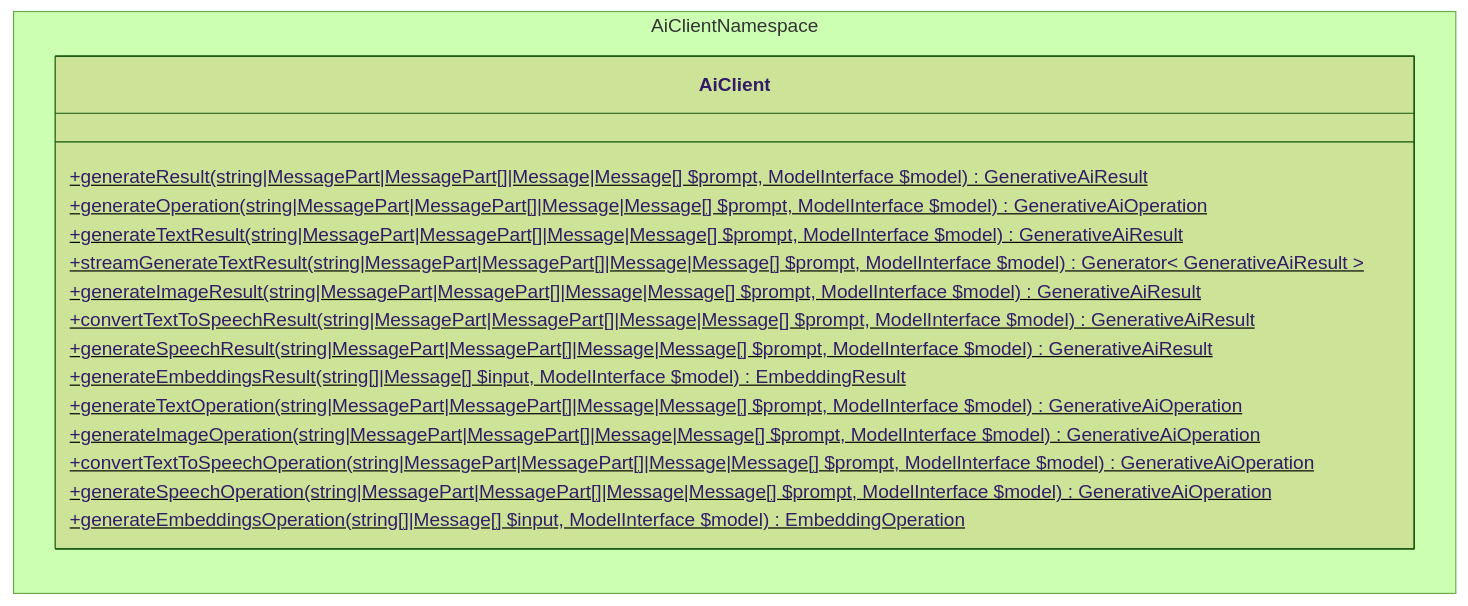
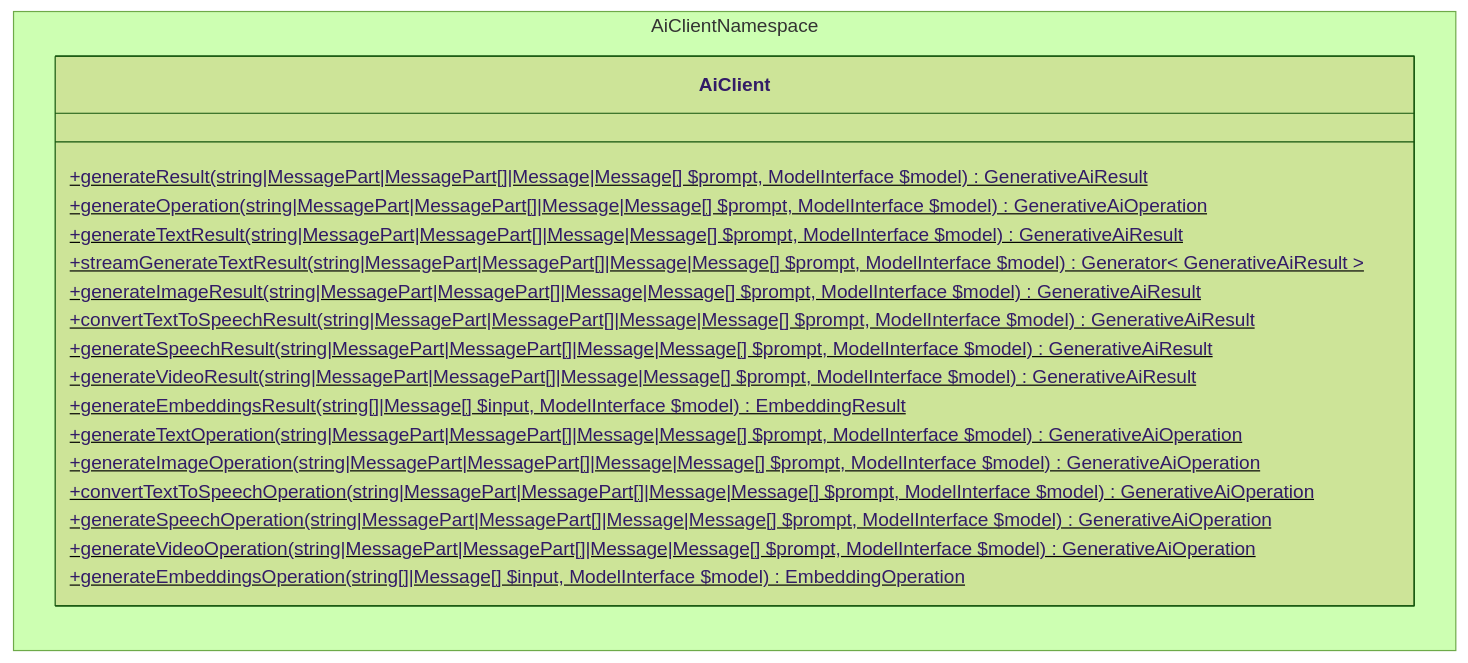
One commit to WordPress/php-ai-client changed the second of 6 diagrams in docs/ARCHITECTURE.md. Above: the diagram before and after it, drawn with Mermaid (forest theme). The commit also changed other lines of this file and 7 other files, not shown here.

````diff
--- a/docs/ARCHITECTURE.md
+++ b/docs/ARCHITECTURE.md
@@ -392,26 +395,28 @@
 ```mermaid
 ---
 config:
   class:
     hideEmptyMembersBox: true
 ---
 classDiagram
 direction LR
     namespace AiClientNamespace {
         class AiClient {
             +generateResult(string|MessagePart|MessagePart[]|Message|Message[] $prompt, ModelInterface $model) GenerativeAiResult$
             +generateOperation(string|MessagePart|MessagePart[]|Message|Message[] $prompt, ModelInterface $model) GenerativeAiOperation$
             +generateTextResult(string|MessagePart|MessagePart[]|Message|Message[] $prompt, ModelInterface $model) GenerativeAiResult$
             +streamGenerateTextResult(string|MessagePart|MessagePart[]|Message|Message[] $prompt, ModelInterface $model) Generator< GenerativeAiResult >$
             +generateImageResult(string|MessagePart|MessagePart[]|Message|Message[] $prompt, ModelInterface $model) GenerativeAiResult$
             +convertTextToSpeechResult(string|MessagePart|MessagePart[]|Message|Message[] $prompt, ModelInterface $model) GenerativeAiResult$
             +generateSpeechResult(string|MessagePart|MessagePart[]|Message|Message[] $prompt, ModelInterface $model) GenerativeAiResult$
+            +generateVideoResult(string|MessagePart|MessagePart[]|Message|Message[] $prompt, ModelInterface $model) GenerativeAiResult$
             +generateEmbeddingsResult(string[]|Message[] $input, ModelInterface $model) EmbeddingResult$
             +generateTextOperation(string|MessagePart|MessagePart[]|Message|Message[] $prompt, ModelInterface $model) GenerativeAiOperation$
             +generateImageOperation(string|MessagePart|MessagePart[]|Message|Message[] $prompt, ModelInterface $model) GenerativeAiOperation$
             +convertTextToSpeechOperation(string|MessagePart|MessagePart[]|Message|Message[] $prompt, ModelInterface $model) GenerativeAiOperation$
             +generateSpeechOperation(string|MessagePart|MessagePart[]|Message|Message[] $prompt, ModelInterface $model) GenerativeAiOperation$
+            +generateVideoOperation(string|MessagePart|MessagePart[]|Message|Message[] $prompt, ModelInterface $model) GenerativeAiOperation$
             +generateEmbeddingsOperation(string[]|Message[] $input, ModelInterface $model) EmbeddingOperation$
         }
     }
 ```
````
